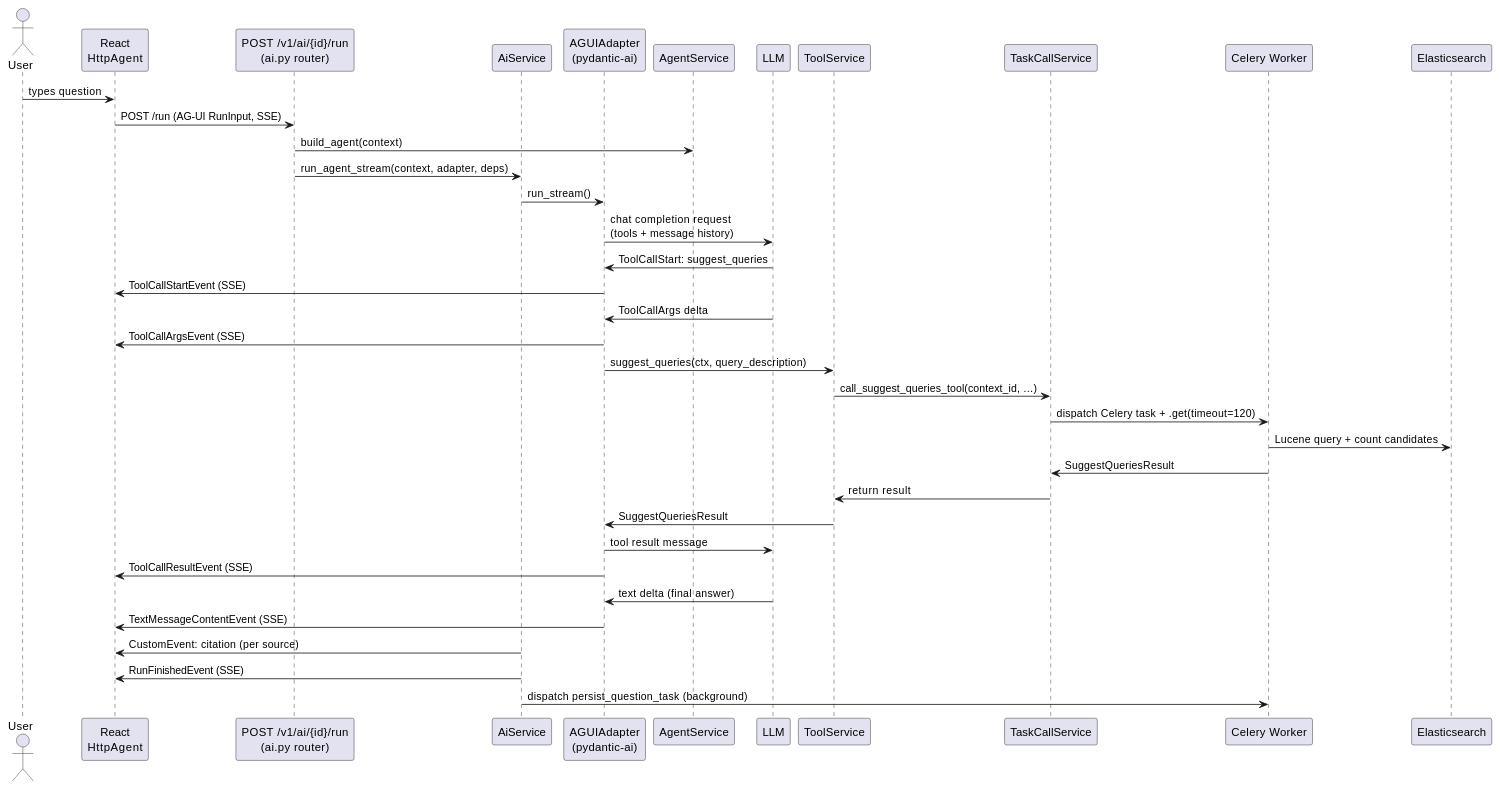
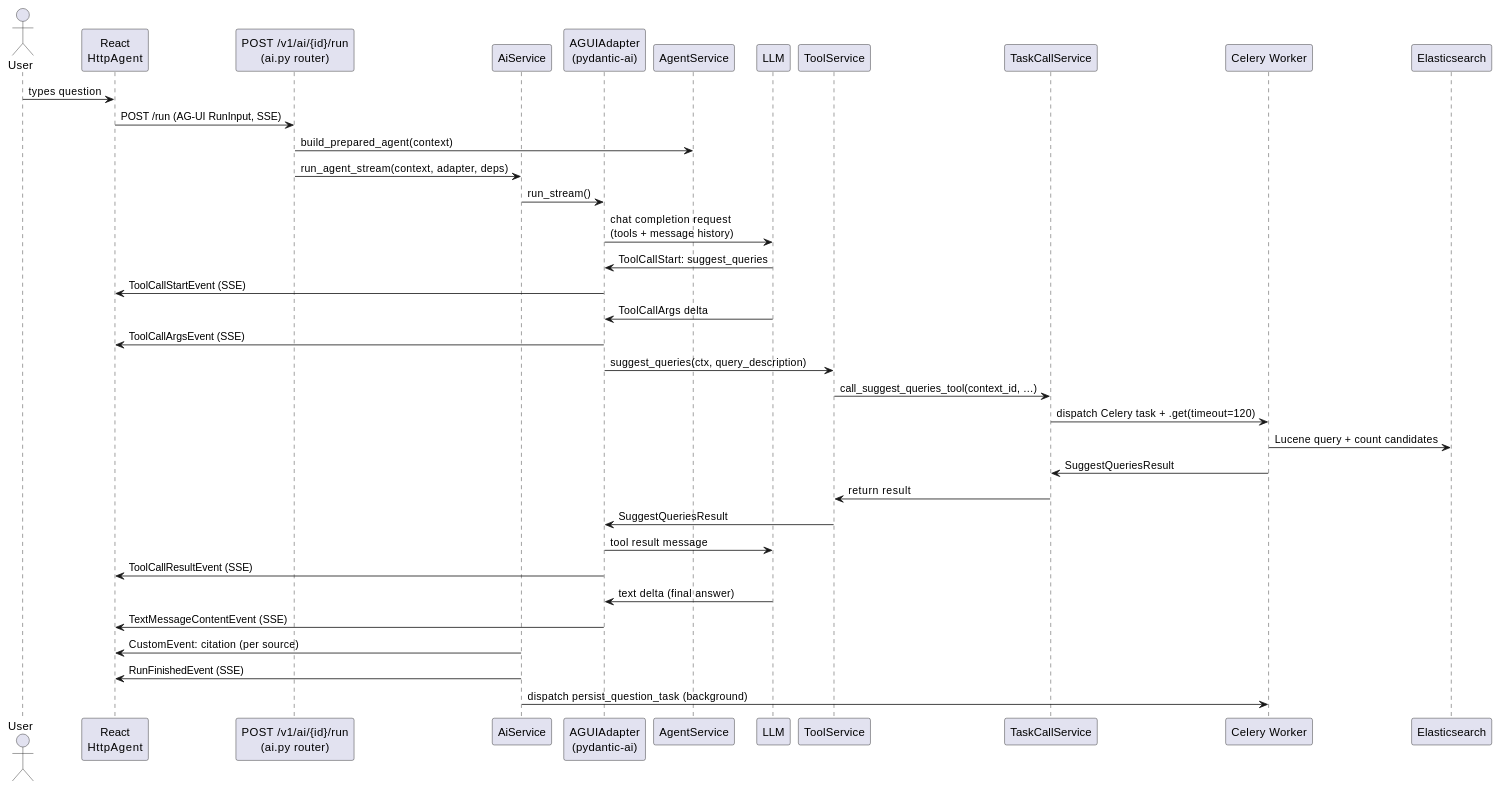
The second of 4 diagrams in Documentation/ai.md (Swiss-Armed-Forces/Loom), drawn with PlantUML before and after one commit. The commit also changed other lines of this file and 44 other files, not shown here.

````diff
--- a/Documentation/ai.md
+++ b/Documentation/ai.md
@@ -119,40 +119,40 @@
 ```plantuml
 @startuml
 actor User
 participant "React\nHttpAgent" as FE
 participant "POST /v1/ai/{id}/run\n(ai.py router)" as Router
 participant "AiService" as AiSvc
 participant "AGUIAdapter\n(pydantic-ai)" as Adapter
 participant "AgentService" as AgentSvc
 participant "LLM" as LLM
 participant "ToolService" as ToolSvc
 participant "TaskCallService" as TCS
 participant "Celery Worker" as Worker
 participant "Elasticsearch" as ES
 
 User -> FE : types question
 FE -> Router : POST /run (AG-UI RunInput, SSE)
-Router -> AgentSvc : build_agent(context)
+Router -> AgentSvc : build_prepared_agent(context)
 Router -> AiSvc : run_agent_stream(context, adapter, deps)
 AiSvc -> Adapter : run_stream()
 Adapter -> LLM : chat completion request\n(tools + message history)
 LLM -> Adapter : ToolCallStart: suggest_queries
 Adapter -> FE : ToolCallStartEvent (SSE)
 LLM -> Adapter : ToolCallArgs delta
 Adapter -> FE : ToolCallArgsEvent (SSE)
 Adapter -> ToolSvc : suggest_queries(ctx, query_description)
 ToolSvc -> TCS : call_suggest_queries_tool(context_id, …)
 TCS -> Worker : dispatch Celery task + .get(timeout=120)
 Worker -> ES : Lucene query + count candidates
 Worker -> TCS : SuggestQueriesResult
 TCS -> ToolSvc : return result
 ToolSvc -> Adapter : SuggestQueriesResult
 Adapter -> LLM : tool result message
 Adapter -> FE : ToolCallResultEvent (SSE)
 LLM -> Adapter : text delta (final answer)
 Adapter -> FE : TextMessageContentEvent (SSE)
 AiSvc -> FE : CustomEvent: citation (per source)
 AiSvc -> FE : RunFinishedEvent (SSE)
 AiSvc -> Worker : dispatch persist_question_task (background)
 @enduml
 ```
````
